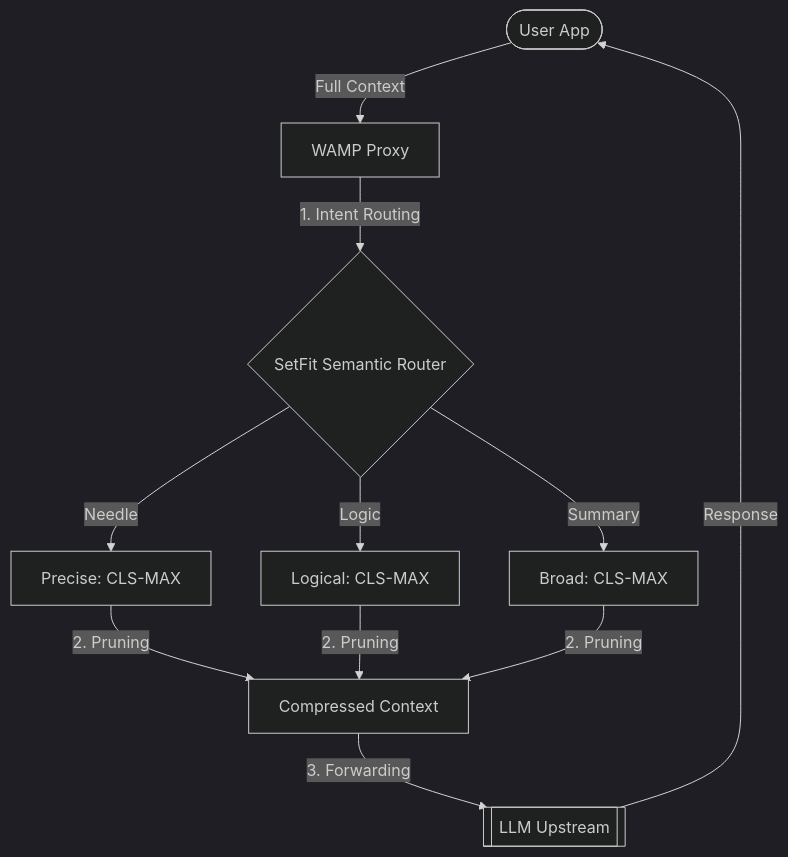
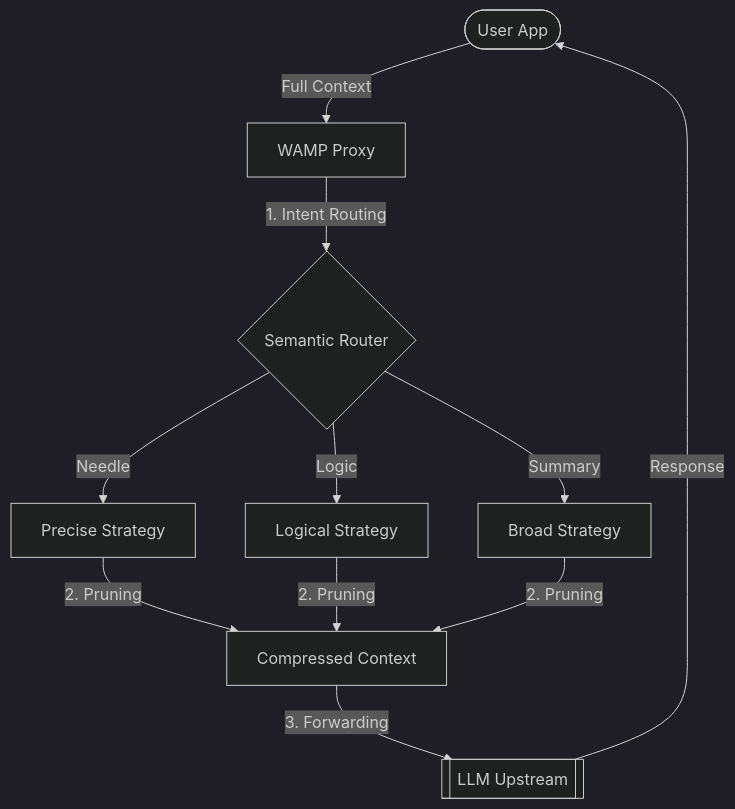
Before and after one commit to naranor/wamp-proxy: the diagram in README.md, drawn with Mermaid (dark theme). The commit also changed other lines of this file and 16 other files, not shown here.

````diff
--- a/README.md
+++ b/README.md
@@ -40,11 +57,11 @@
 ```mermaid
 graph TD
     User([User App]) -->|Full Context| WAMP[WAMP Proxy]
-    WAMP -->|1. Intent Routing| Router{SetFit Semantic Router}
-    Router -->|Needle| P1[Precise: CLS-MAX]
-    Router -->|Logic| P2[Logical: CLS-MAX]
-    Router -->|Summary| P3[Broad: CLS-MAX]
+    WAMP -->|1. Intent Routing| Router{Semantic Router}
+    Router -->|Needle| P1[Precise Strategy]
+    Router -->|Logic| P2[Logical Strategy]
+    Router -->|Summary| P3[Broad Strategy]
     P1 & P2 & P3 -->|2. Pruning| Final[Compressed Context]
     Final -->|3. Forwarding| Upstream[[LLM Upstream]]
     Upstream -->|Response| User
 ```
````
